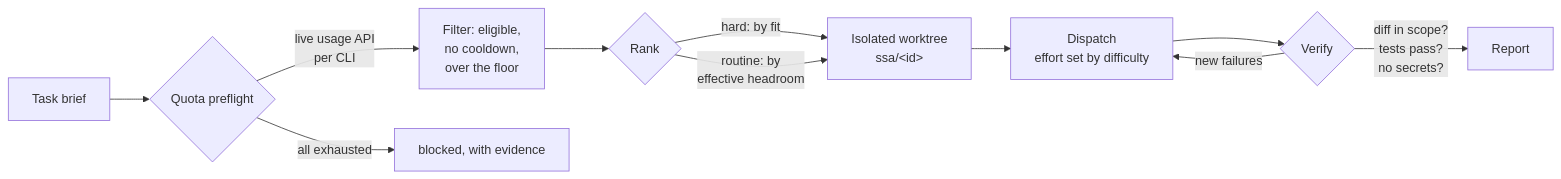
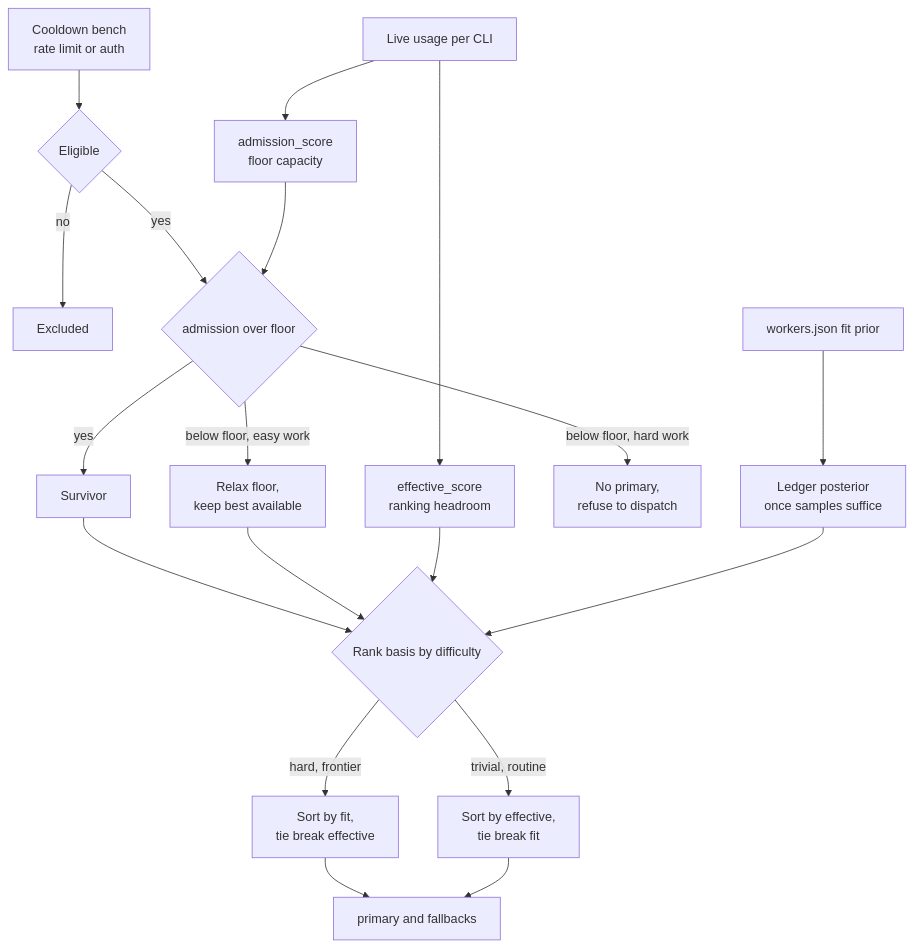
One commit to m-esm/smart-subagents changed the diagram in README.md. Above: the diagram before and after it, drawn with Mermaid. The commit also changed other lines of this file and 5 other files, not shown here.

````diff
--- a/README.md
+++ b/README.md
@@ -67,13 +110,21 @@
 ```mermaid
-flowchart LR
-    A[Task brief] --> B{Quota preflight}
-    B -->|live usage API<br/>per CLI| C[Filter: eligible,<br/>no cooldown,<br/>over the floor]
-    C --> R{Rank}
-    R -->|hard: by fit| D[Isolated worktree<br/>ssa/&lt;id&gt;]
-    R -->|routine: by<br/>effective headroom| D
-    D --> E[Dispatch<br/>effort set by difficulty]
-    E --> F{Verify}
-    F -->|diff in scope?<br/>tests pass?<br/>no secrets?| G[Report]
-    F -->|new failures| E
-    B -->|all exhausted| H[blocked, with evidence]
+flowchart TD
+    U[Live usage per CLI] --> EFF[effective_score<br/>ranking headroom]
+    U --> ADM[admission_score<br/>floor capacity]
+    CD[Cooldown bench<br/>rate limit or auth] --> ELIG{Eligible}
+    ELIG -->|no| OUT[Excluded]
+    ELIG -->|yes| FLOOR{admission over floor}
+    ADM --> FLOOR
+    FLOOR -->|yes| SURV[Survivor]
+    FLOOR -->|below floor, easy work| RELAX[Relax floor,<br/>keep best available]
+    FLOOR -->|below floor, hard work| BLOCK[No primary,<br/>refuse to dispatch]
+    SURV --> RANK{Rank basis by difficulty}
+    RELAX --> RANK
+    EFF --> RANK
+    PRIOR[workers.json fit prior] --> POST[Ledger posterior<br/>once samples suffice]
+    POST --> RANK
+    RANK -->|hard, frontier| BYFIT[Sort by fit,<br/>tie break effective]
+    RANK -->|trivial, routine| BYEFF[Sort by effective,<br/>tie break fit]
+    BYFIT --> PICK[primary and fallbacks]
+    BYEFF --> PICK
 ```
````
